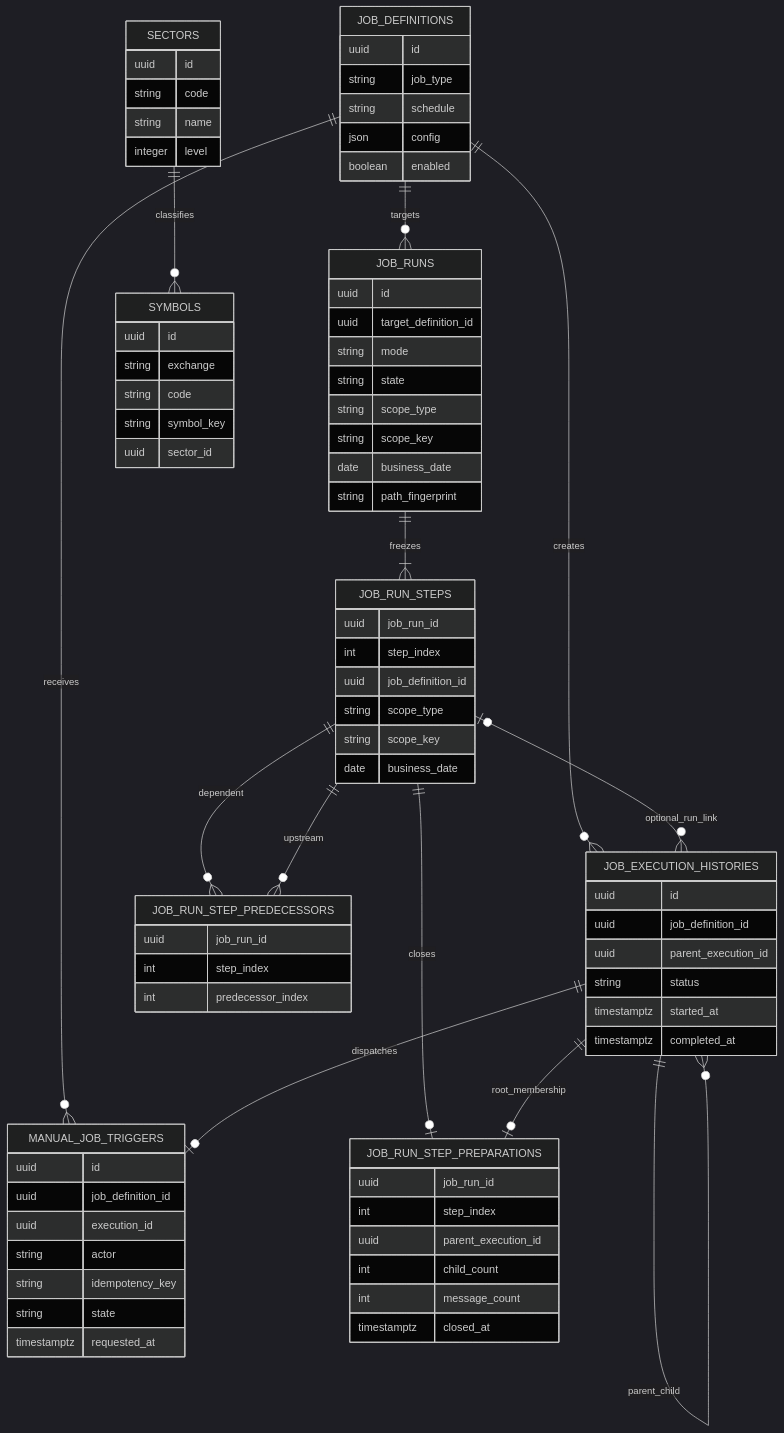
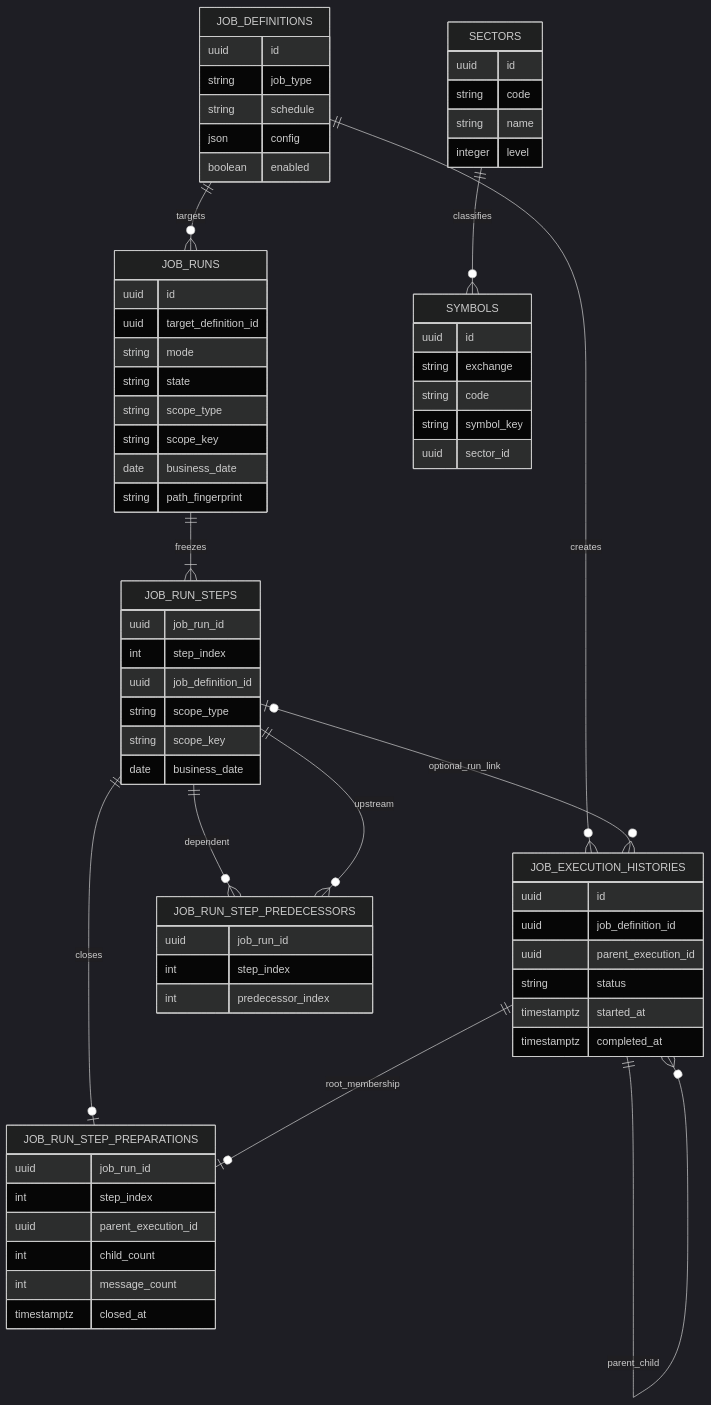
Before and after one commit to tanlocit9/omni: the diagram in docs/data/003-database.md, drawn with Mermaid (dark theme). The commit also changed other lines of this file and 22 other files, not shown here.

````diff
--- a/docs/data/003-database.md
+++ b/docs/data/003-database.md
@@ -9,7 +9,6 @@
 ```mermaid
 erDiagram
   JOB_DEFINITIONS ||--o{ JOB_EXECUTION_HISTORIES : creates
-  JOB_DEFINITIONS ||--o{ MANUAL_JOB_TRIGGERS : receives
   JOB_DEFINITIONS ||--o{ JOB_RUNS : targets
   JOB_RUNS ||--|{ JOB_RUN_STEPS : freezes
   JOB_RUN_STEPS ||--o{ JOB_RUN_STEP_PREDECESSORS : dependent
@@ -17,7 +16,6 @@
   JOB_RUN_STEPS |o--o{ JOB_EXECUTION_HISTORIES : optional_run_link
   JOB_RUN_STEPS ||--o| JOB_RUN_STEP_PREPARATIONS : closes
   JOB_EXECUTION_HISTORIES ||--o| JOB_RUN_STEP_PREPARATIONS : root_membership
-  JOB_EXECUTION_HISTORIES ||--o| MANUAL_JOB_TRIGGERS : dispatches
   JOB_EXECUTION_HISTORIES ||--o{ JOB_EXECUTION_HISTORIES : parent_child
   SECTORS ||--o{ SYMBOLS : classifies
 
@@ -36,16 +34,6 @@
     string status
     timestamptz started_at
     timestamptz completed_at
-  }
-
-  MANUAL_JOB_TRIGGERS {
-    uuid id
-    uuid job_definition_id
-    uuid execution_id
-    string actor
-    string idempotency_key
-    string state
-    timestamptz requested_at
   }
 
   JOB_RUNS {
````
